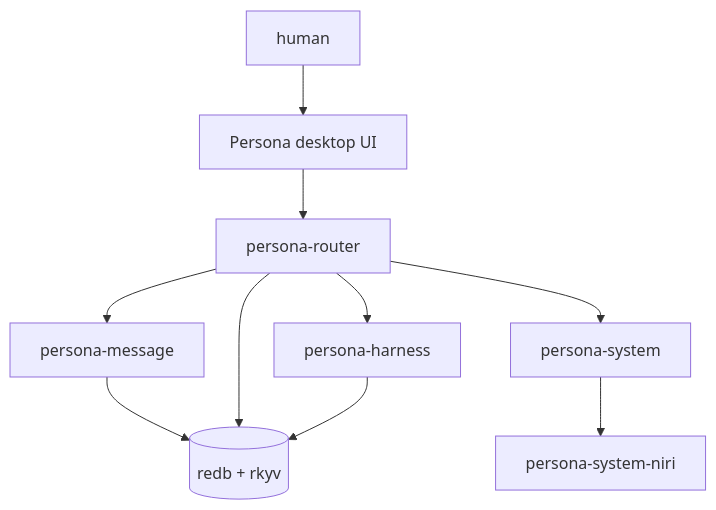
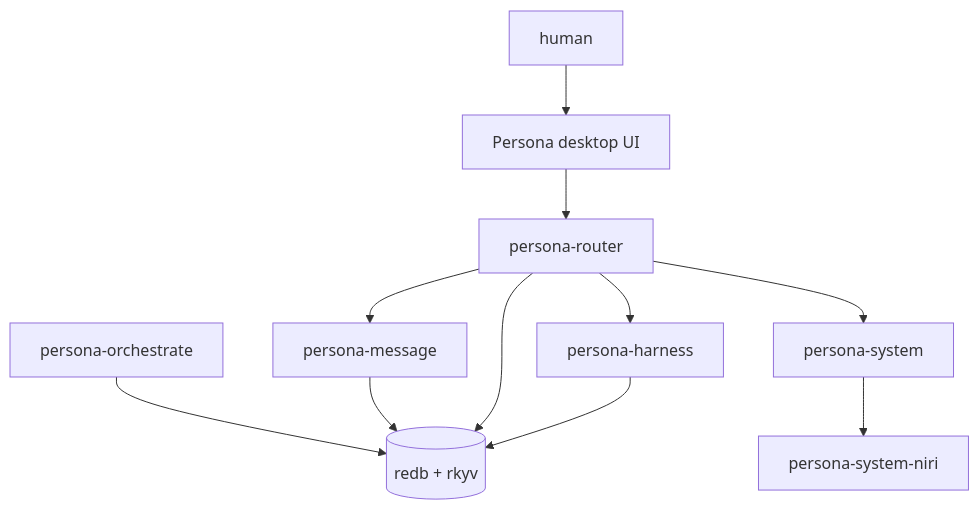
The first of 7 diagrams in reports/operator/8-persona-system-repo-plan.md (LiGoldragon/primary), drawn with Mermaid before and after one commit. The commit also changed other lines of this file, not shown here.

Commit message:
report integrate persona system audit

````diff
--- a/reports/operator/8-persona-system-repo-plan.md
+++ b/reports/operator/8-persona-system-repo-plan.md
@@ -18,21 +18,23 @@
 ```mermaid
 flowchart TB
     human[human]
     desktop[Persona desktop UI]
     router[persona-router]
     message[persona-message]
     system[persona-system]
     niri[persona-system-niri]
     harness[persona-harness]
+    orchestrate[persona-orchestrate]
     storage[(redb + rkyv)]
 
     human --> desktop
     desktop --> router
     router --> message
     router --> system
     system --> niri
     router --> harness
+    orchestrate --> storage
     message --> storage
     router --> storage
     harness --> storage
 ```
````
